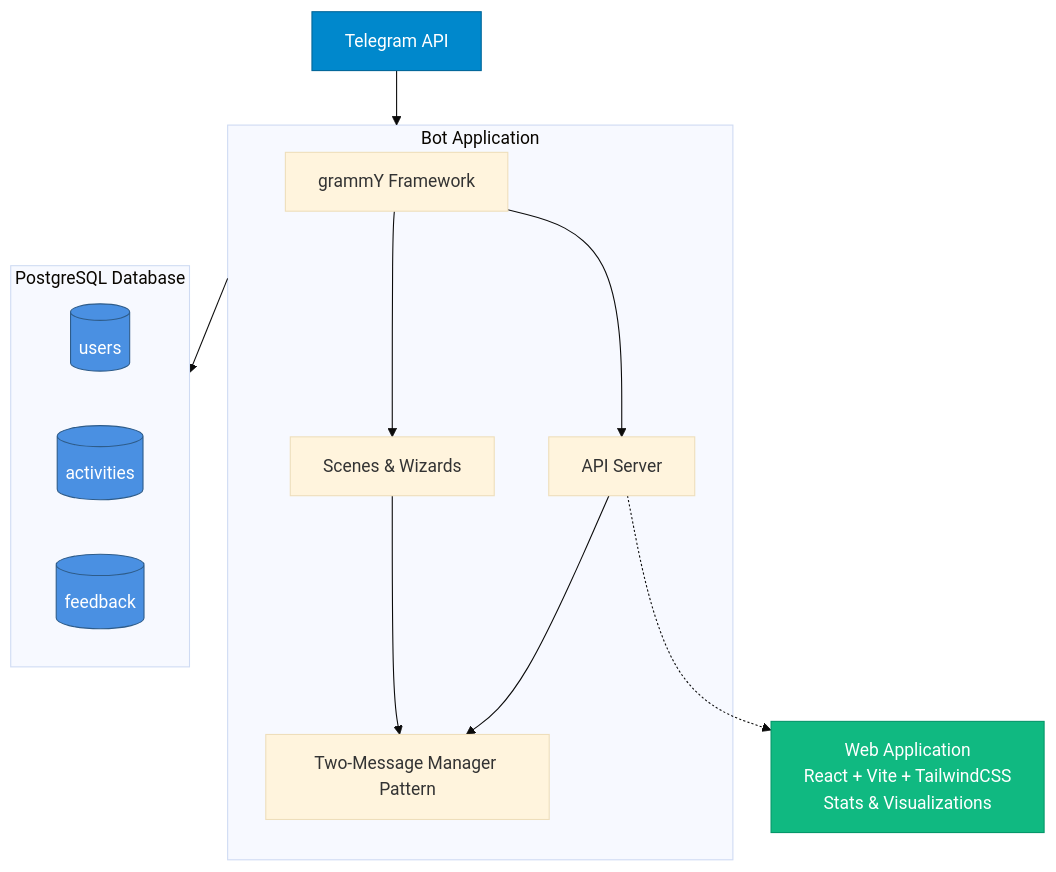
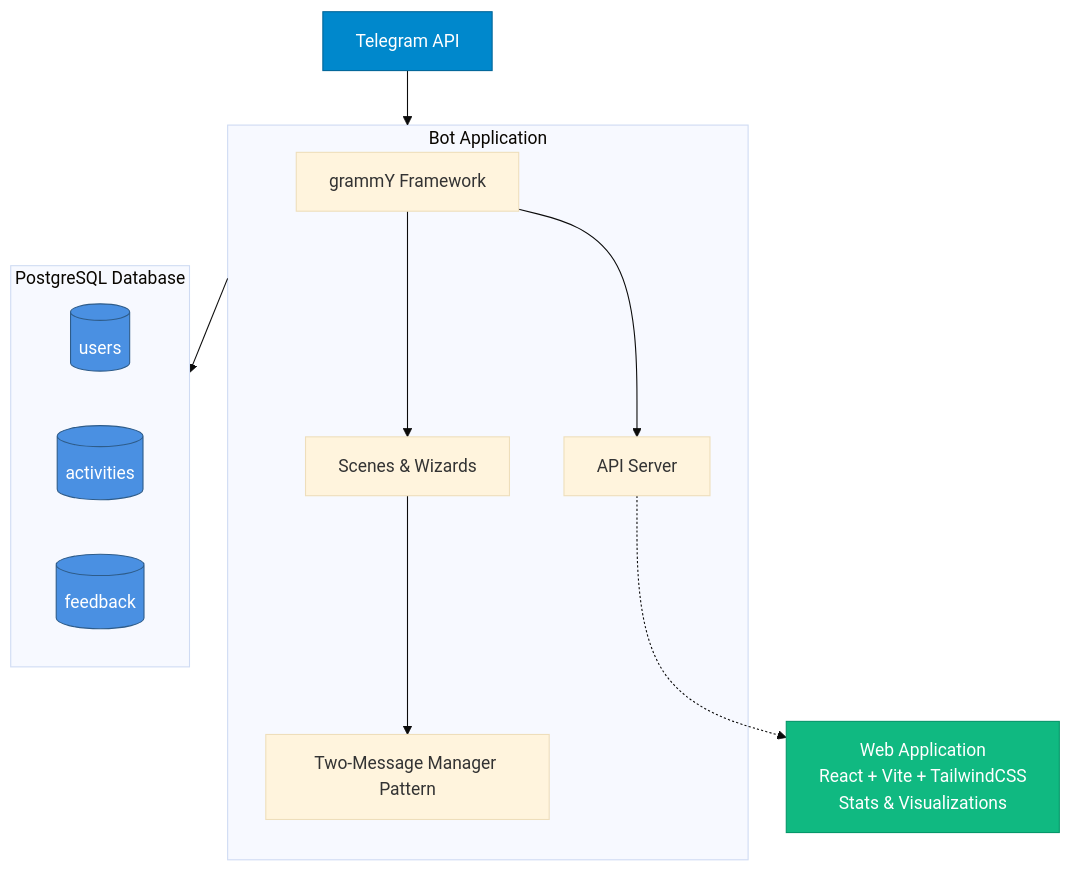
Before and after one commit to AJBogo9/activity-challenge-bot: the diagram in docs/architecture/overview.md, drawn with Mermaid (base theme). The commit also changed other lines of this file and 13 other files, not shown here.

````diff
--- a/docs/architecture/overview.md
+++ b/docs/architecture/overview.md
@@ -7,36 +7,35 @@
 ```mermaid
 graph TB
   TG[Telegram API]
   
   subgraph Bot["Bot Application"]
     GR[grammY Framework]
     SC[Scenes & Wizards]
     API[API Server]
     TMM[Two-Message Manager Pattern]
     
     GR --> SC
     GR --> API
     SC --> TMM
-    API --> TMM
   end
   
   subgraph DB["PostgreSQL Database"]
     USERS[(users)]
     ACTIVITIES[(activities)]
     FEEDBACK[(feedback)]
   end
   
   WEB[Web Application<br/>React + Vite + TailwindCSS<br/>Stats & Visualizations]
   
   TG --> Bot
   Bot --> DB
   API -.-> WEB
 
   classDef database fill:#4a90e2,stroke:#2e5c8a,color:#fff
   classDef webapp fill:#10b981,stroke:#059669,color:#fff
   classDef telegram fill:#0088cc,stroke:#006699,color:#fff
   
   class USERS,ACTIVITIES,FEEDBACK database
   class WEB webapp
   class TG telegram
 ```
````
